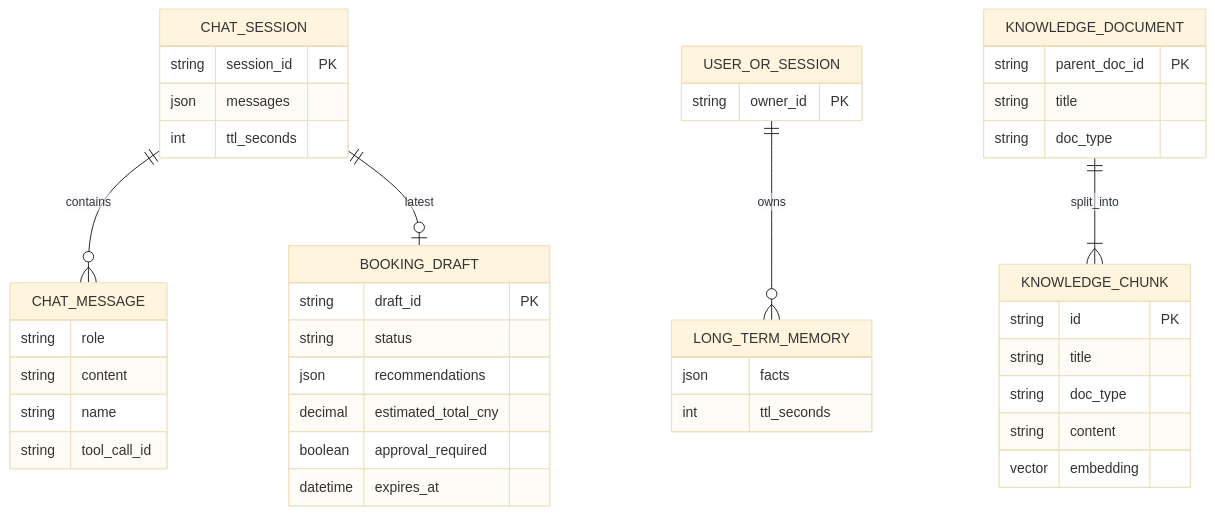
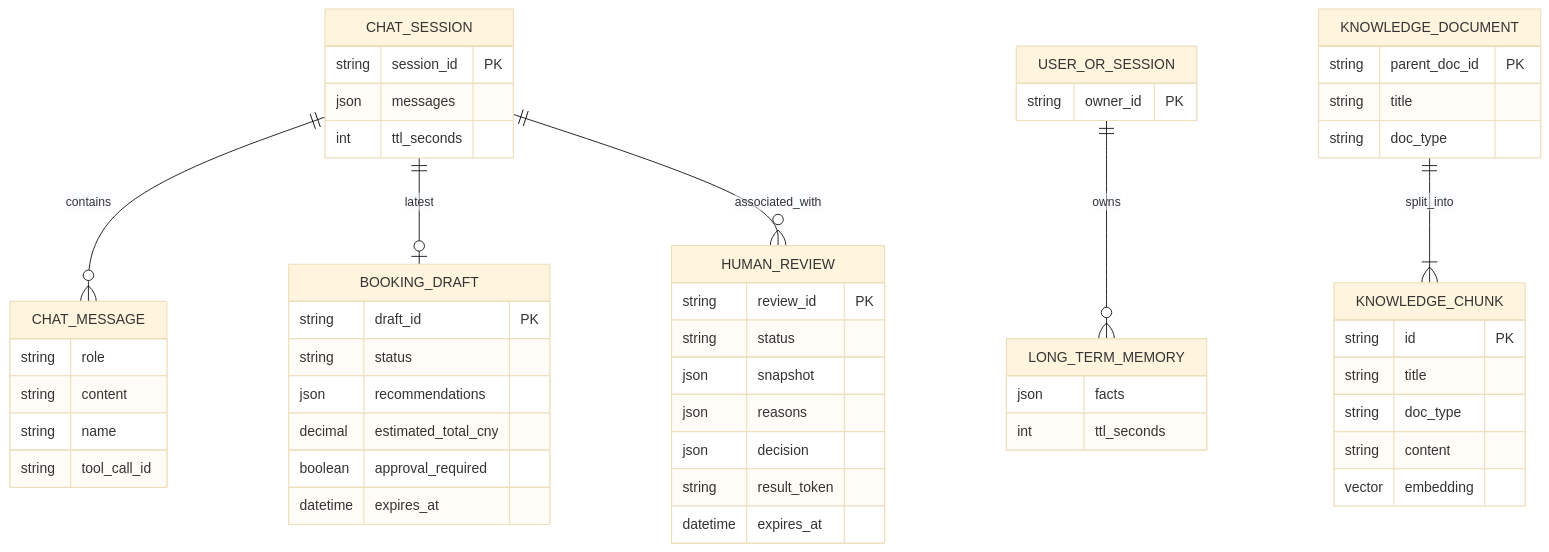
The tenth of 12 diagrams in docs/overall-design.md (wangyang-777/Multi-Agent-Business-Travel-Assistant-System), drawn with Mermaid (base theme) before and after one commit. The commit also changed other lines of this file, not shown here.

````diff
--- a/docs/overall-design.md
+++ b/docs/overall-design.md
@@ -580,46 +626,56 @@
 ```mermaid
 erDiagram
     CHAT_SESSION ||--o{ CHAT_MESSAGE : contains
     USER_OR_SESSION ||--o{ LONG_TERM_MEMORY : owns
     CHAT_SESSION ||--o| BOOKING_DRAFT : latest
     KNOWLEDGE_DOCUMENT ||--|{ KNOWLEDGE_CHUNK : split_into
+    CHAT_SESSION ||--o{ HUMAN_REVIEW : associated_with
+    HUMAN_REVIEW {
+        string review_id PK
+        string status
+        json snapshot
+        json reasons
+        json decision
+        string result_token
+        datetime expires_at
+    }
 
     CHAT_SESSION {
         string session_id PK
         json messages
         int ttl_seconds
     }
     CHAT_MESSAGE {
         string role
         string content
         string name
         string tool_call_id
     }
     USER_OR_SESSION {
         string owner_id PK
     }
     LONG_TERM_MEMORY {
         json facts
         int ttl_seconds
     }
     BOOKING_DRAFT {
         string draft_id PK
         string status
         json recommendations
         decimal estimated_total_cny
         boolean approval_required
         datetime expires_at
     }
     KNOWLEDGE_DOCUMENT {
         string parent_doc_id PK
         string title
         string doc_type
     }
     KNOWLEDGE_CHUNK {
         string id PK
         string title
         string doc_type
         string content
         vector embedding
     }
 ```
````
